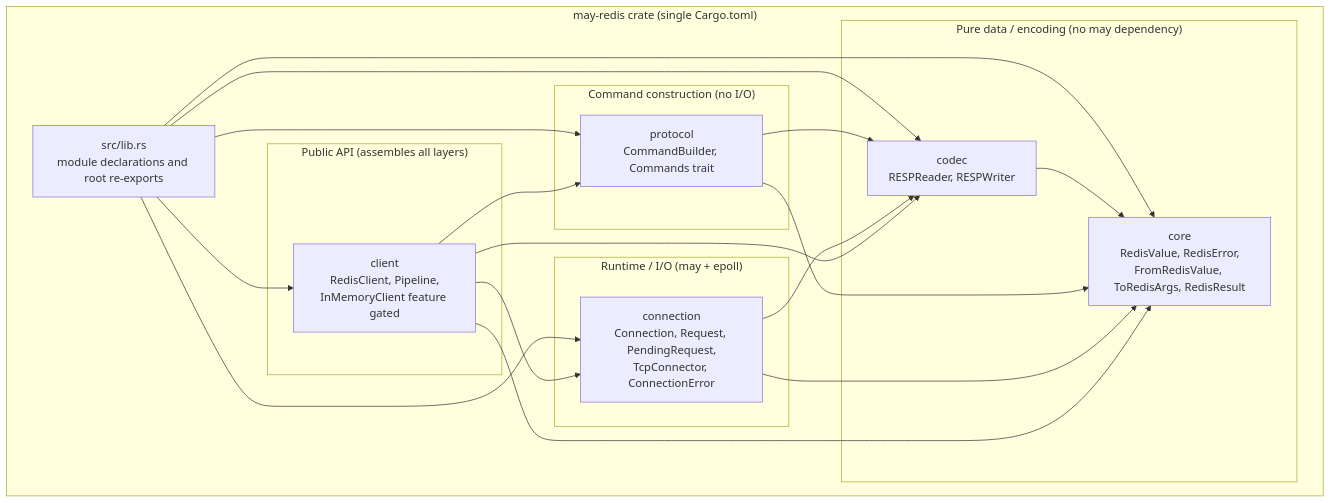
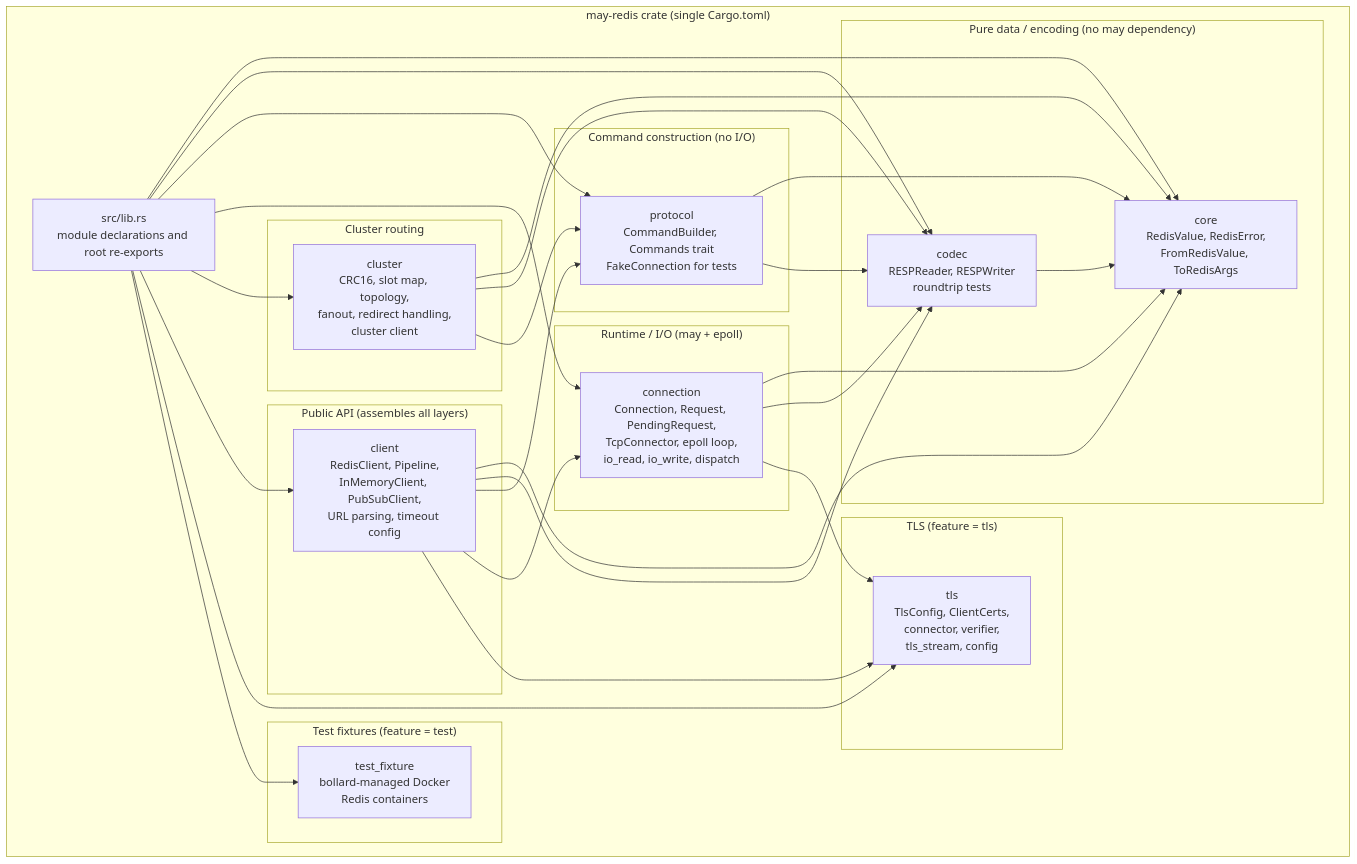
The first of 6 diagrams in docs/architecture.md (microscaler/may_redis), drawn with Mermaid before and after one commit. The commit also changed other lines of this file and 3 other files, not shown here.

First line of the commit message:
docs: update architecture, INDEX, test-strategy, and README for v0.1.0 release

````diff
--- a/docs/architecture.md
+++ b/docs/architecture.md
@@ -55,39 +57,59 @@
 ```mermaid
 graph TB
     subgraph "may-redis crate (single Cargo.toml)"
         Lib[src/lib.rs<br/>module declarations and root re-exports]
 
         subgraph "Pure data / encoding (no may dependency)"
-            Core[core<br/>RedisValue, RedisError,<br/>FromRedisValue, ToRedisArgs, RedisResult]
-            Codec[codec<br/>RESPReader, RESPWriter]
+            Core[core<br/>RedisValue, RedisError,<br/>FromRedisValue, ToRedisArgs]
+            Codec[codec<br/>RESPReader, RESPWriter<br/>roundtrip tests]
         end
 
         subgraph "Command construction (no I/O)"
-            Protocol[protocol<br/>CommandBuilder, Commands trait]
+            Protocol[protocol<br/>CommandBuilder, Commands trait<br/>FakeConnection for tests]
         end
 
         subgraph "Runtime / I/O (may + epoll)"
-            Connection[connection<br/>Connection, Request, PendingRequest,<br/>TcpConnector, ConnectionError]
+            Connection[connection<br/>Connection, Request, PendingRequest,<br/>TcpConnector, epoll loop,<br/>io_read, io_write, dispatch]
+        end
+
+        subgraph "Cluster routing"
+            Cluster[cluster<br/>CRC16, slot map, topology,<br/>fanout, redirect handling,<br/>cluster client]
         end
 
         subgraph "Public API (assembles all layers)"
-            Client[client<br/>RedisClient, Pipeline,<br/>InMemoryClient feature gated]
+            Client[client<br/>RedisClient, Pipeline,<br/>InMemoryClient, PubSubClient,<br/>URL parsing, timeout config]
+        end
+
+        subgraph "TLS (feature = tls)"
+            TLS[tls<br/>TlsConfig, ClientCerts,<br/>connector, verifier,<br/>tls_stream, config]
+        end
+
+        subgraph "Test fixtures (feature = test)"
+            Fixture[test_fixture<br/>bollard-managed Docker<br/>Redis containers]
         end
 
         Lib --> Core
         Lib --> Codec
         Lib --> Protocol
         Lib --> Connection
+        Lib --> Cluster
         Lib --> Client
+        Lib --> TLS
+        Lib --> Fixture
 
         Codec --> Core
         Protocol --> Core
         Protocol --> Codec
         Connection --> Core
         Connection --> Codec
+        Connection --> TLS
         Client --> Core
         Client --> Codec
         Client --> Protocol
         Client --> Connection
+        Client --> TLS
+        Cluster --> Core
+        Cluster --> Codec
+        Cluster --> Protocol
     end
 ```
````
